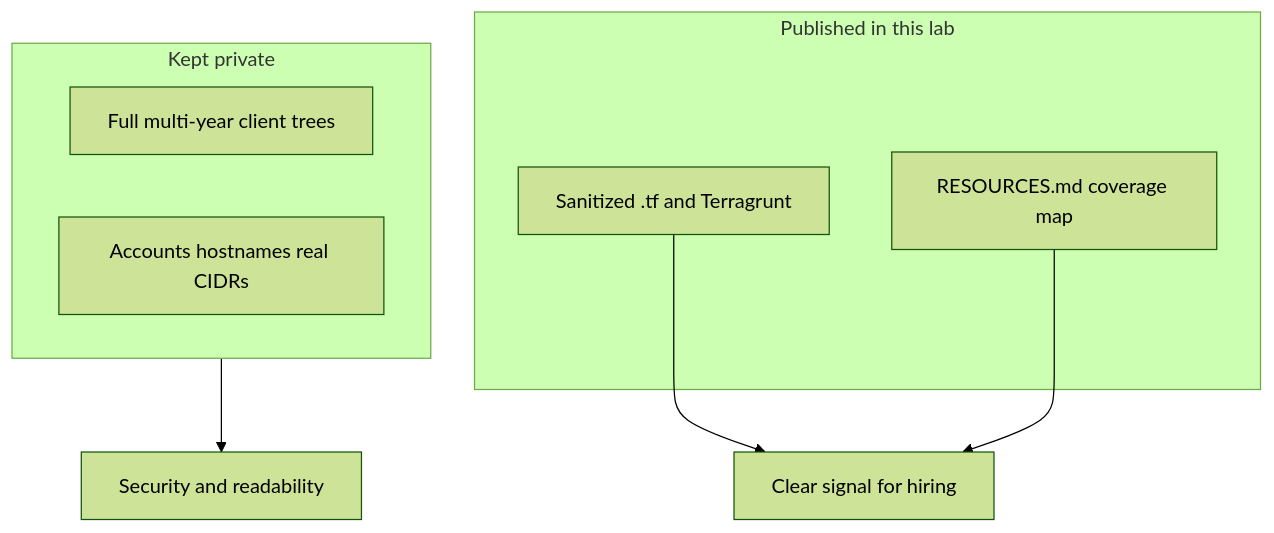
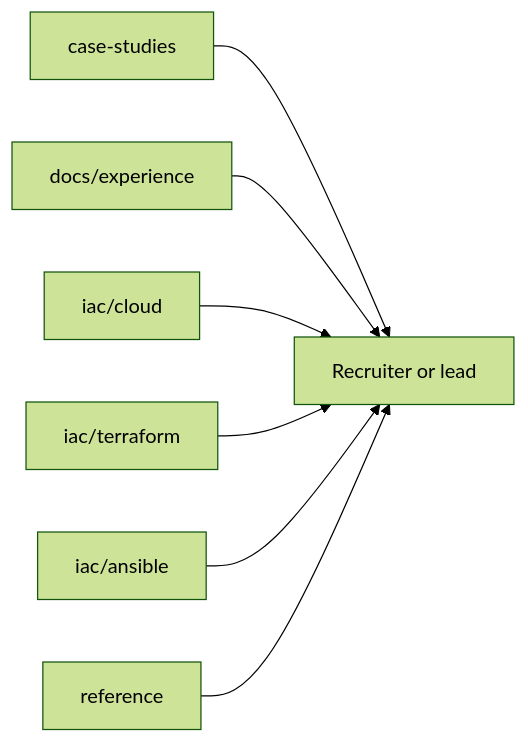
The fourth of 4 diagrams in README.md (NarberallGamma/narberall-platform-engineer-lab), drawn with Mermaid (forest theme) before and after one commit. The commit also changed other lines of this file and 401 other files, not shown here.

First line of the commit message:
Publish iac layout, sanitized Ansible, and production experience.

````diff
--- a/README.md
+++ b/README.md
@@ -117,14 +251,9 @@
 ```mermaid
-flowchart TB
-  subgraph published [Published in this lab]
-    Samples[Sanitized .tf and Terragrunt]
-    Map[RESOURCES.md coverage map]
-  end
-  subgraph private [Kept private]
-    Full[Full multi-year client trees]
-    Secrets[Accounts hostnames real CIDRs]
-  end
-  Samples --> Signal[Clear signal for hiring]
-  Map --> Signal
-  private --> Protect[Security and readability]
+flowchart LR
+  CS[case-studies] --> Hire[Recruiter or lead]
+  EXP[docs/experience] --> Hire
+  Cloud[iac/cloud] --> Hire
+  TF[iac/terraform] --> Hire
+  ANS[iac/ansible] --> Hire
+  REF[reference] --> Hire
 ```
````
